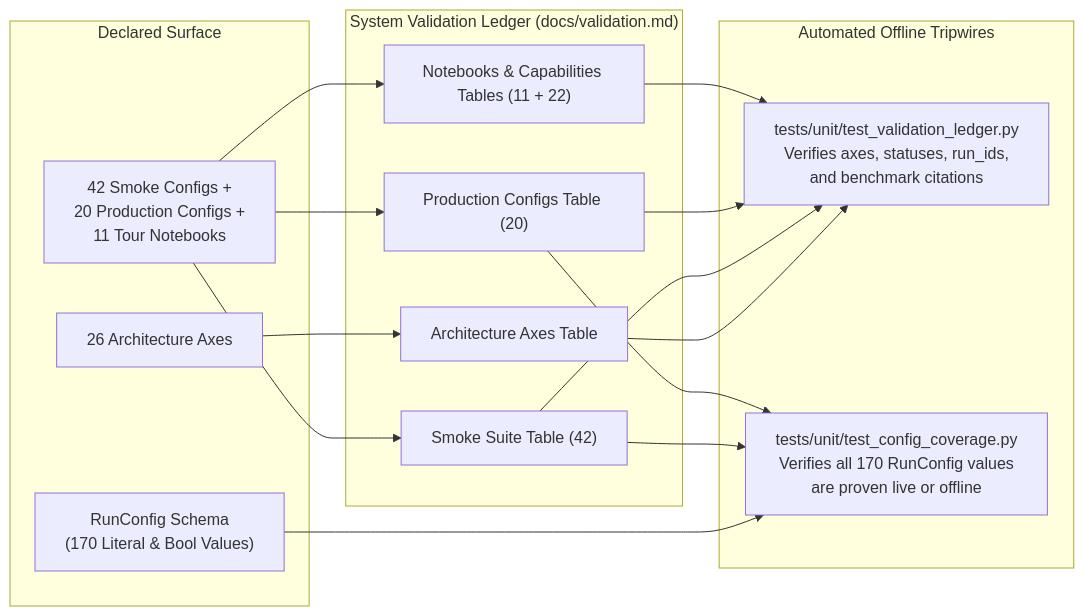
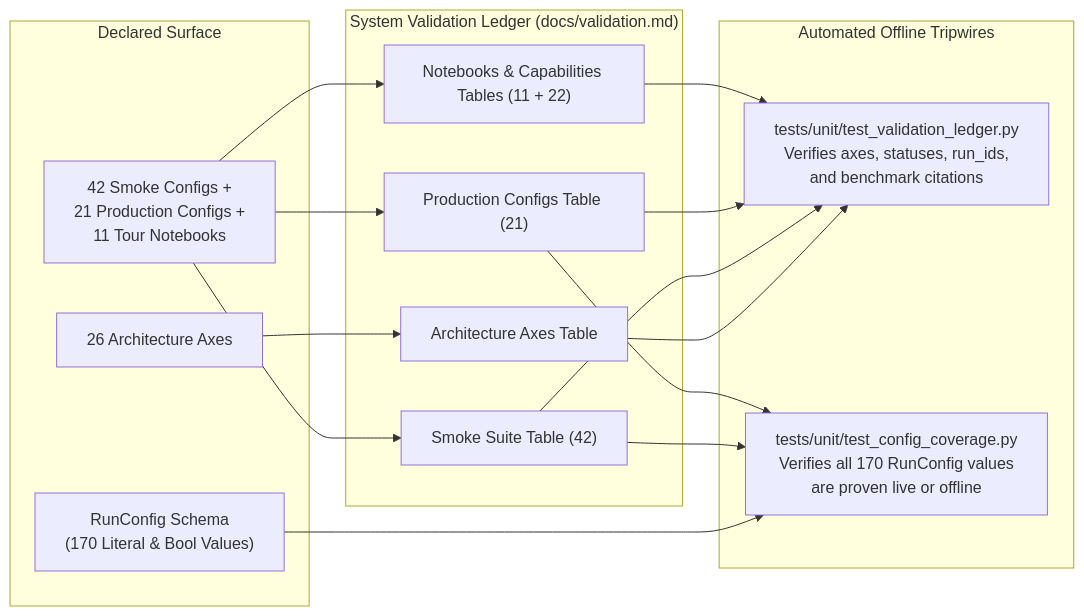
The diagram in docs/validation.md (statmike/scale-forecasting), drawn with Mermaid before and after one commit. The commit also changed other lines of this file and 37 other files, not shown here.

````diff
--- a/docs/validation.md
+++ b/docs/validation.md
@@ -7,25 +7,25 @@
 ```mermaid
 flowchart LR
     subgraph Surface["Declared Surface"]
         Axes["26 Architecture Axes"]
         RunCfg["RunConfig Schema<br/>(170 Literal & Bool Values)"]
-        Configs["42 Smoke Configs +<br/>20 Production Configs +<br/>11 Tour Notebooks"]
+        Configs["42 Smoke Configs +<br/>21 Production Configs +<br/>11 Tour Notebooks"]
     end
 
     subgraph Ledger["System Validation Ledger (docs/validation.md)"]
         T1["Architecture Axes Table"]
         T2["Smoke Suite Table (42)"]
-        T3["Production Configs Table (20)"]
+        T3["Production Configs Table (21)"]
         T4["Notebooks & Capabilities Tables (11 + 22)"]
     end
 
     subgraph Gates["Automated Offline Tripwires"]
         VTest["tests/unit/test_validation_ledger.py<br/>Verifies axes, statuses, run_ids,<br/>and benchmark citations"]
         CTest["tests/unit/test_config_coverage.py<br/>Verifies all 170 RunConfig values<br/>are proven live or offline"]
     end
 
     Axes --> T1
     Configs --> T2 & T3 & T4
     T1 & T2 & T3 & T4 --> VTest
     RunCfg & T2 & T3 --> CTest
 ```
````
